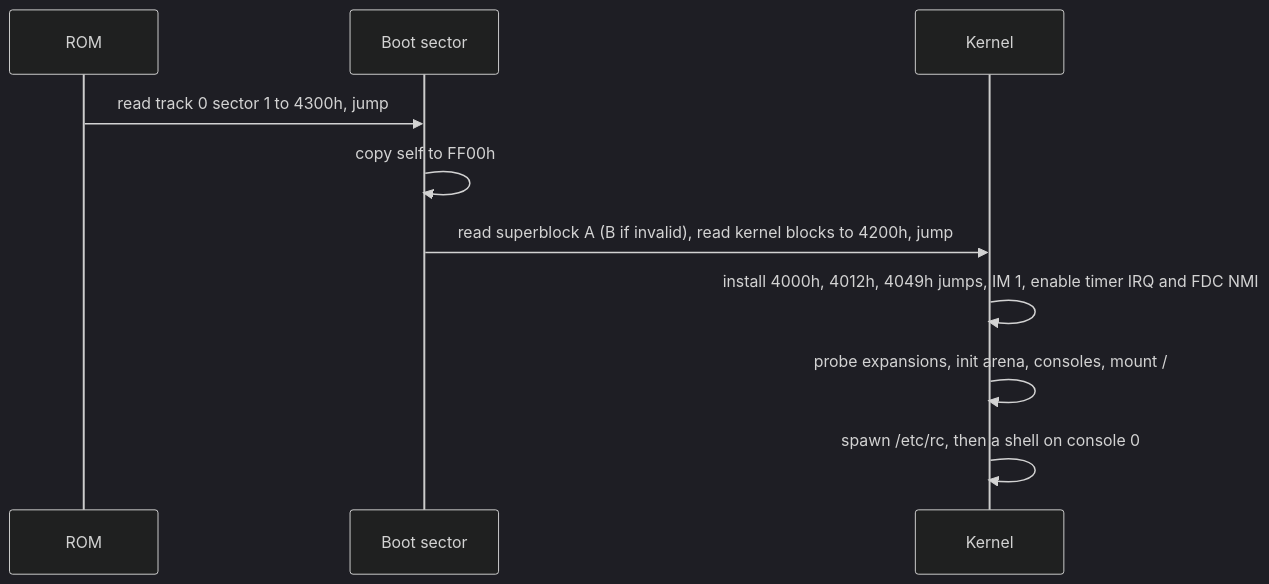
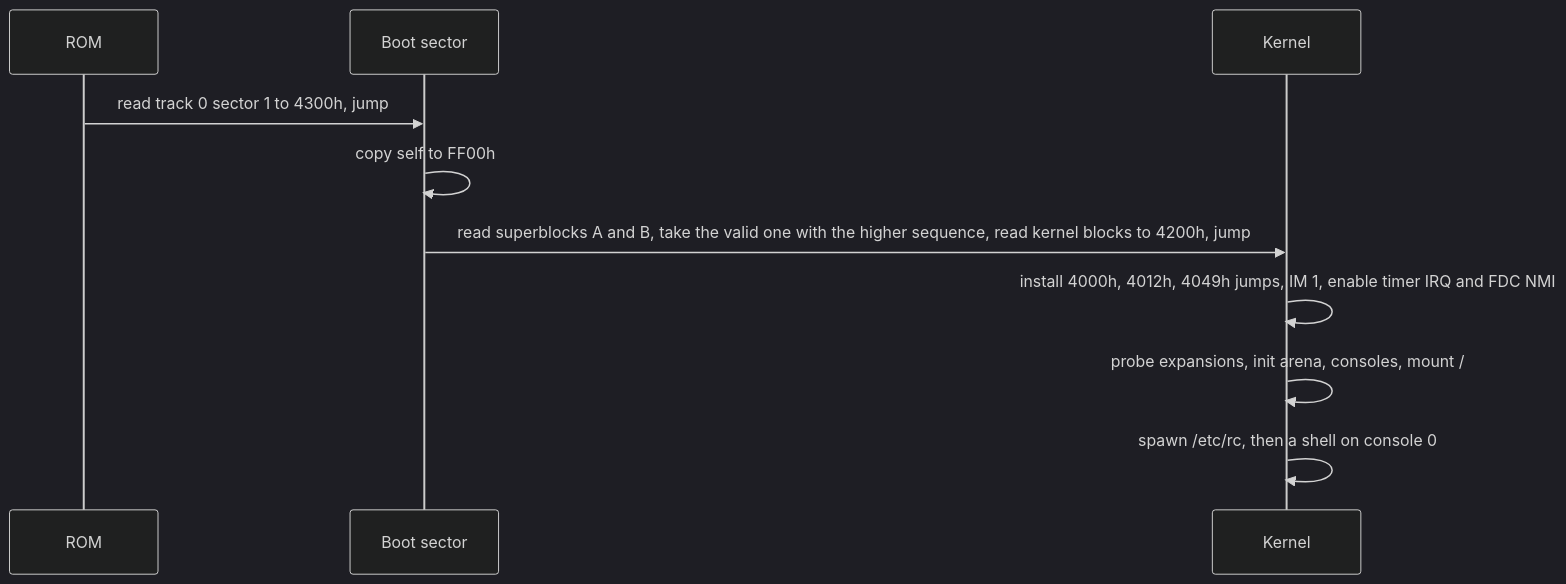
One commit to fredimachado/cp500-os changed the diagram in docs/design.md. Above: the diagram before and after it, drawn with Mermaid (dark theme).

Commit message:
Boot sector picks the superblock copy with the higher sequence, matching section 7

````diff
--- a/docs/design.md
+++ b/docs/design.md
@@ -627,12 +627,12 @@
 ```mermaid
 sequenceDiagram
     participant ROM
     participant Boot as Boot sector
     participant Kernel
     ROM->>Boot: read track 0 sector 1 to 4300h, jump
     Boot->>Boot: copy self to FF00h
-    Boot->>Kernel: read superblock A (B if invalid), read kernel blocks to 4200h, jump
+    Boot->>Kernel: read superblocks A and B, take the valid one with the higher sequence, read kernel blocks to 4200h, jump
     Kernel->>Kernel: install 4000h, 4012h, 4049h jumps, IM 1, enable timer IRQ and FDC NMI
     Kernel->>Kernel: probe expansions, init arena, consoles, mount /
     Kernel->>Kernel: spawn /etc/rc, then a shell on console 0
 ```
````
